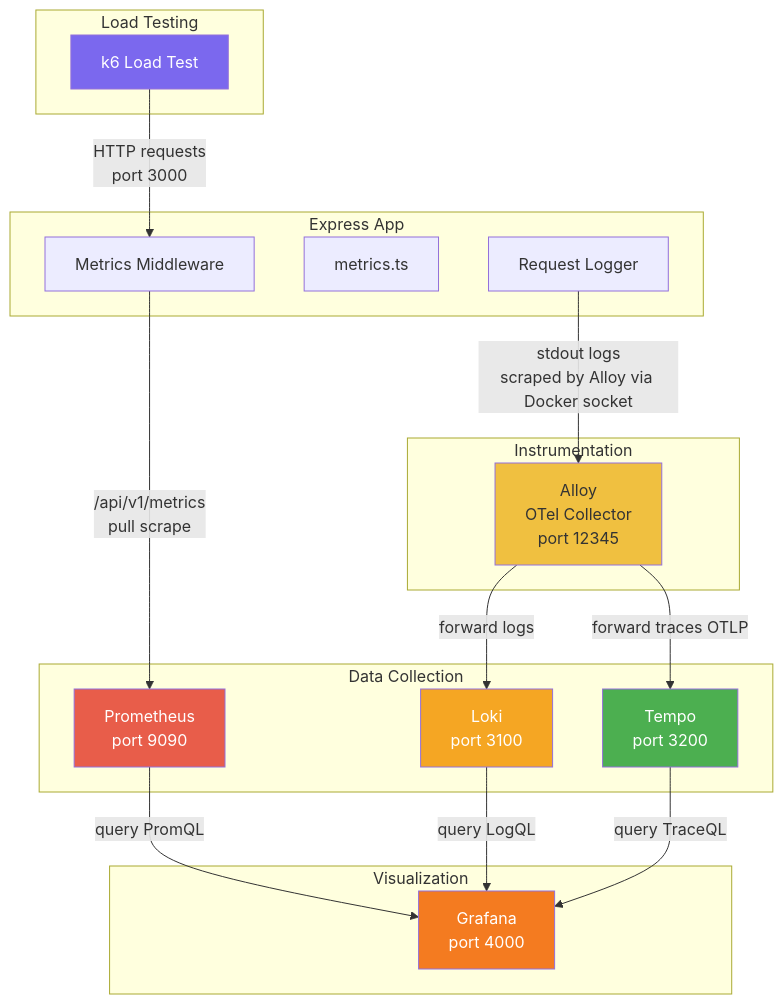
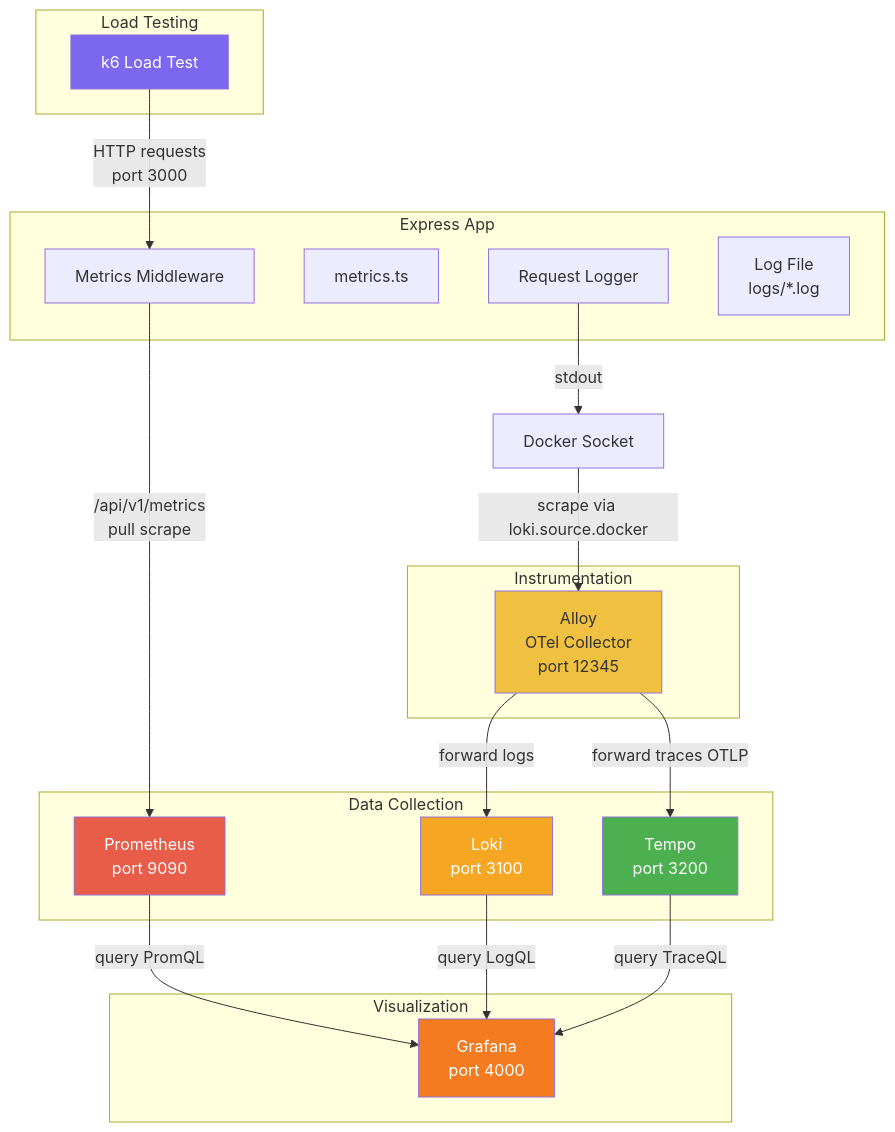
Before and after one commit to helmipradita/belajar-typescript-restful-api: the first of 5 diagrams in docs/monitoring-stack.md, drawn with Mermaid. The commit also changed other lines of this file and 5 other files, not shown here.

First line of the commit message:
docs: restructure documentation — add ARCHITECTURE.md, consolidate docs, upgrade README

````diff
--- a/docs/monitoring-stack.md
+++ b/docs/monitoring-stack.md
@@ -7,44 +7,44 @@
 ```mermaid
 graph TB
     subgraph Express App
         MW[Metrics Middleware]
         MM[metrics.ts]
         RL[Request Logger]
+        LF[Log File<br/>logs/*.log]
     end
 
     subgraph Data Collection
         P[Prometheus<br/>port 9090]
         L[Loki<br/>port 3100]
         T[Tempo<br/>port 3200]
     end
 
     subgraph Instrumentation
         AL[Alloy<br/>OTel Collector<br/>port 12345]
     end
 
     subgraph Visualization
         GF[Grafana<br/>port 4000]
     end
 
     subgraph Load Testing
         K6[k6 Load Test]
     end
 
     MW -->|/api/v1/metrics<br/>pull scrape| P
-    RL -->|stdout logs<br/>scraped by Alloy via Docker socket| AL
+    RL -->|stdout| DS[Docker Socket]
+    DS -->|scrape via loki.source.docker| AL
     AL -->|forward logs| L
     AL -->|forward traces OTLP| T
-
     P -->|query PromQL| GF
     L -->|query LogQL| GF
     T -->|query TraceQL| GF
-
     K6 -->|HTTP requests<br/>port 3000| MW
 
     style P fill:#e85d4a,color:#fff
     style L fill:#f5a623,color:#fff
     style T fill:#4caf50,color:#fff
     style GF fill:#f47b20,color:#fff
     style AL fill:#f0c040,color:#333
     style K6 fill:#7b68ee,color:#fff
 ```
````
